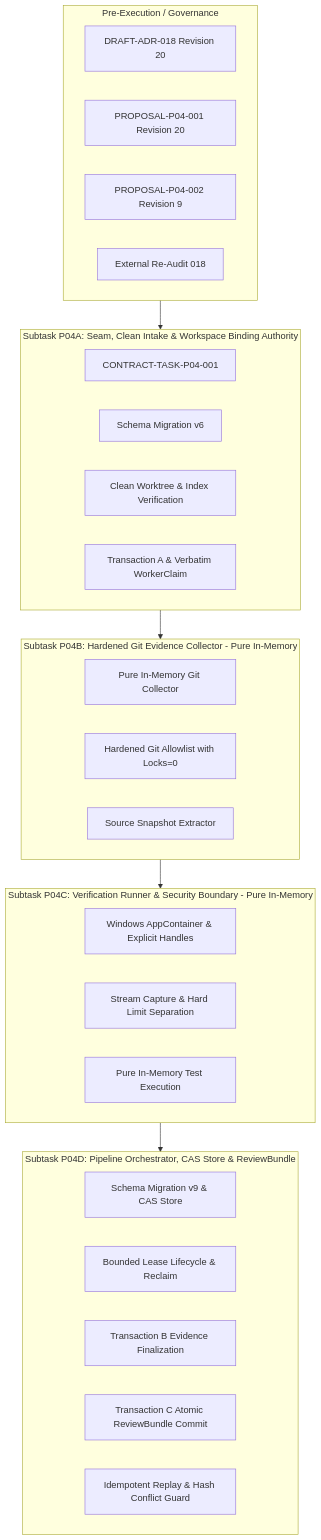
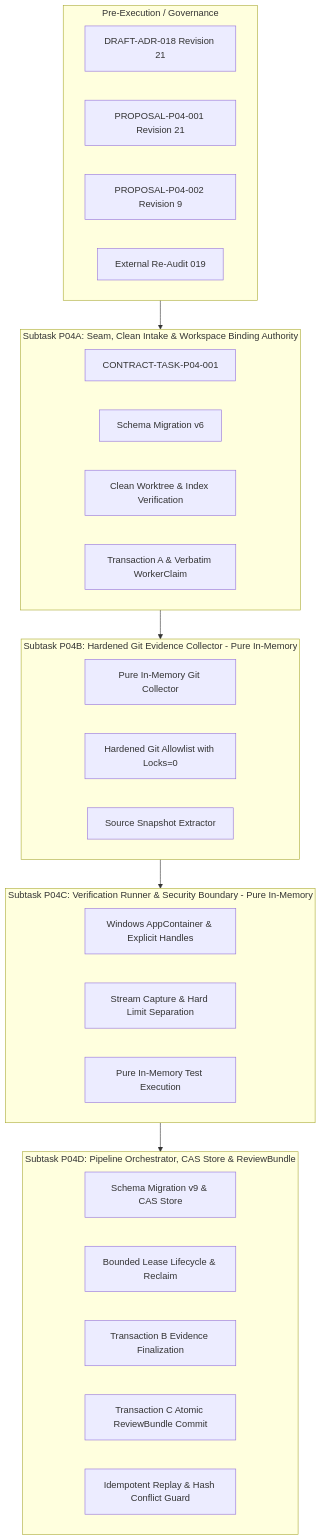
The diagram in docs/plans/PLAN-P04-EVIDENCE-REVIEW.md (trungqwe/ai-supervisor), drawn with Mermaid before and after one commit. The commit also changed other lines of this file and 5 other files, not shown here.

Commit message:
docs(p04): remediate architecture findings R20-001 and R20-002 (Revision 21)

````diff
--- a/docs/plans/PLAN-P04-EVIDENCE-REVIEW.md
+++ b/docs/plans/PLAN-P04-EVIDENCE-REVIEW.md
@@ -23,41 +23,41 @@
 ```mermaid
 flowchart TD
     subgraph PreExecution [Pre-Execution / Governance]
-        ADR18[DRAFT-ADR-018 Revision 20]
-        PROP1[PROPOSAL-P04-001 Revision 20]
+        ADR18[DRAFT-ADR-018 Revision 21]
+        PROP1[PROPOSAL-P04-001 Revision 21]
         PROP2[PROPOSAL-P04-002 Revision 9]
-        Audit018[External Re-Audit 018]
+        Audit019[External Re-Audit 019]
     end
 
     subgraph P04A [Subtask P04A: Seam, Clean Intake & Workspace Binding Authority]
         P04A_Contract[CONTRACT-TASK-P04-001]
         P04A_Mig[Schema Migration v6]
         P04A_Clean[Clean Worktree & Index Verification]
         P04A_Intake[Transaction A & Verbatim WorkerClaim]
     end
 
     subgraph P04B [Subtask P04B: Hardened Git Evidence Collector - Pure In-Memory]
         P04B_Collector[Pure In-Memory Git Collector]
         P04B_Allowlist[Hardened Git Allowlist with Locks=0]
         P04B_Snapshot[Source Snapshot Extractor]
     end
 
     subgraph P04C [Subtask P04C: Verification Runner & Security Boundary - Pure In-Memory]
         P04C_Sandbox[Windows AppContainer & Explicit Handles]
         P04C_Stream[Stream Capture & Hard Limit Separation]
         P04C_Execution[Pure In-Memory Test Execution]
     end
 
     subgraph P04D [Subtask P04D: Pipeline Orchestrator, CAS Store & ReviewBundle]
         P04D_Mig[Schema Migration v9 & CAS Store]
         P04D_Lease[Bounded Lease Lifecycle & Reclaim]
         P04D_TxB[Transaction B Evidence Finalization]
         P04D_TxC[Transaction C Atomic ReviewBundle Commit]
         P04D_Replay[Idempotent Replay & Hash Conflict Guard]
     end
 
     PreExecution --> P04A
     P04A --> P04B
     P04B --> P04C
     P04C --> P04D
 ```
````
